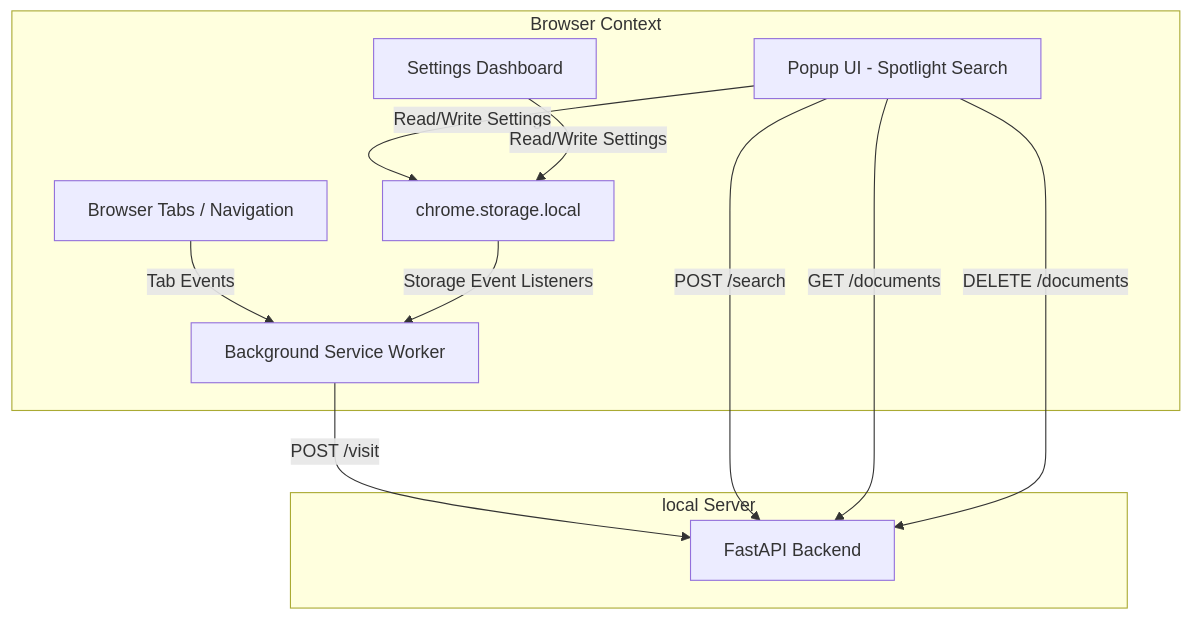
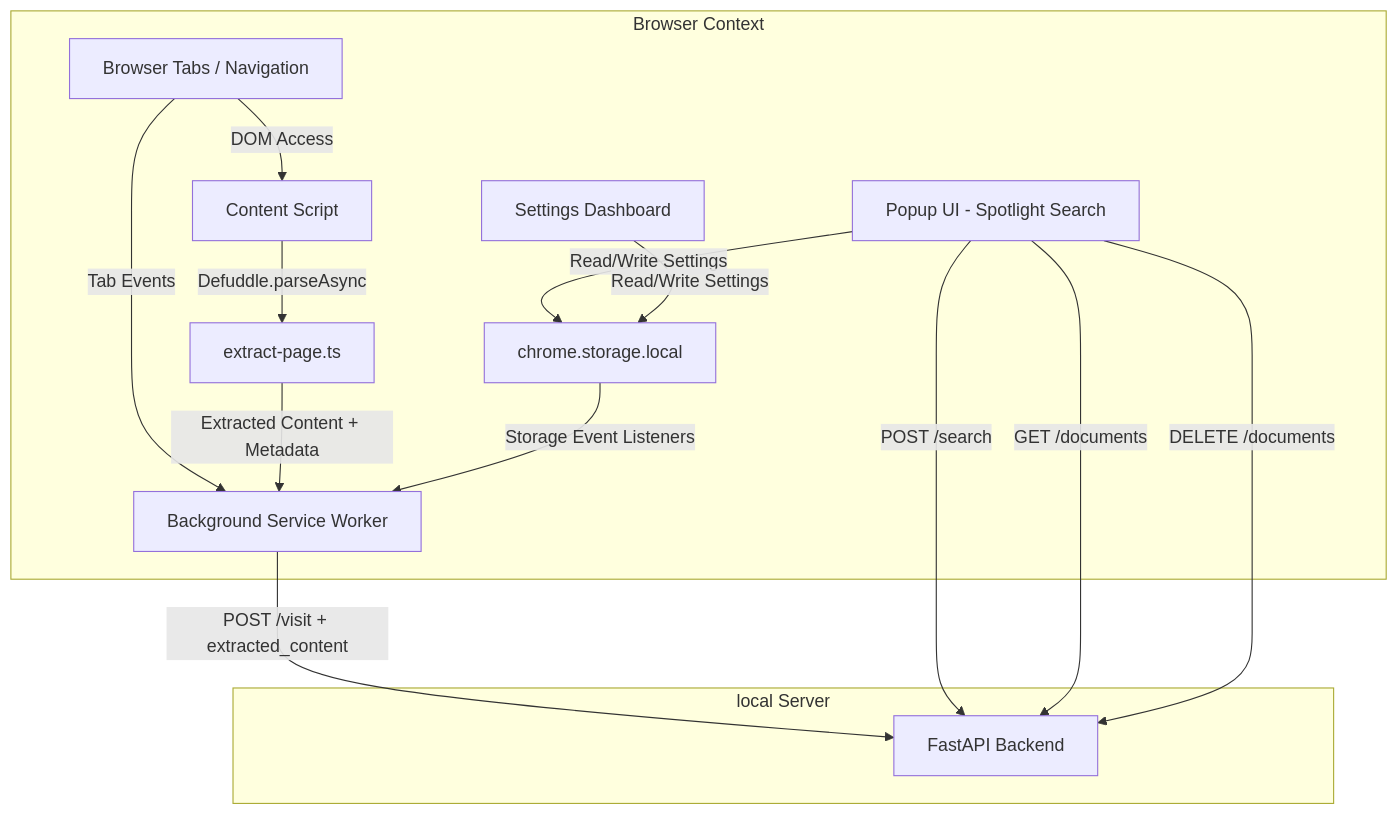
Before and after one commit to SpreadSheets600/MindCache: the diagram in extension/docs/Architecture.md, drawn with Mermaid. The commit also changed other lines of this file and 9 other files, not shown here.

````diff
--- a/extension/docs/Architecture.md
+++ b/extension/docs/Architecture.md
@@ -7,16 +7,19 @@
 ```mermaid
 graph TD
     subgraph Browser Context
         A[Browser Tabs / Navigation] -->|Tab Events| B[Background Service Worker]
+        A -->|DOM Access| G[Content Script]
+        G -->|Defuddle.parseAsync| H[extract-page.ts]
+        H -->|Extracted Content + Metadata| B
         C[Popup UI - Spotlight Search] -->|Read/Write Settings| D[chrome.storage.local]
         E[Settings Dashboard] -->|Read/Write Settings| D
         D -->|Storage Event Listeners| B
     end
 
     subgraph local Server
-        B -->|POST /visit| F[FastAPI Backend]
+        B -->|POST /visit + extracted_content| F[FastAPI Backend]
         C -->|POST /search| F
         C -->|GET /documents| F
         C -->|DELETE /documents| F
     end
 ```
````
